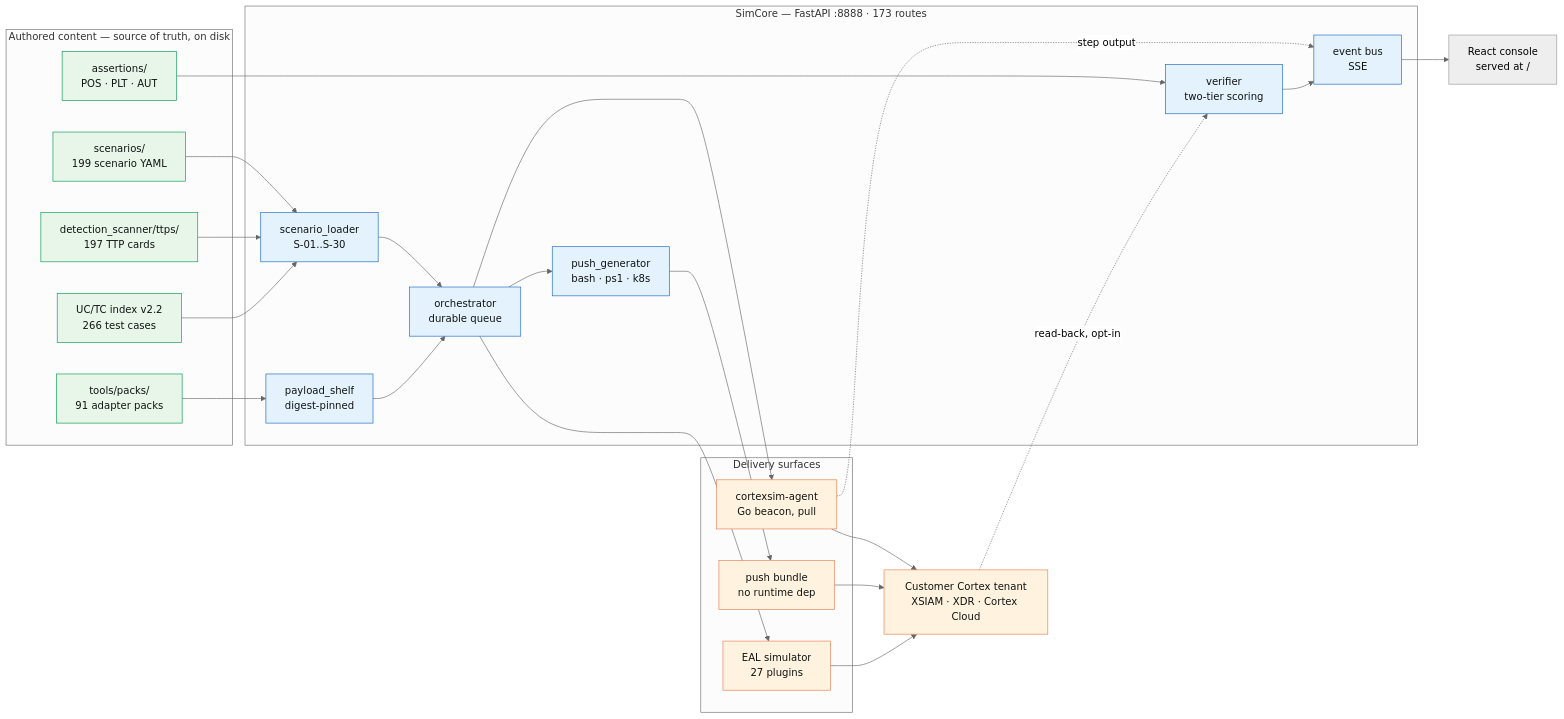
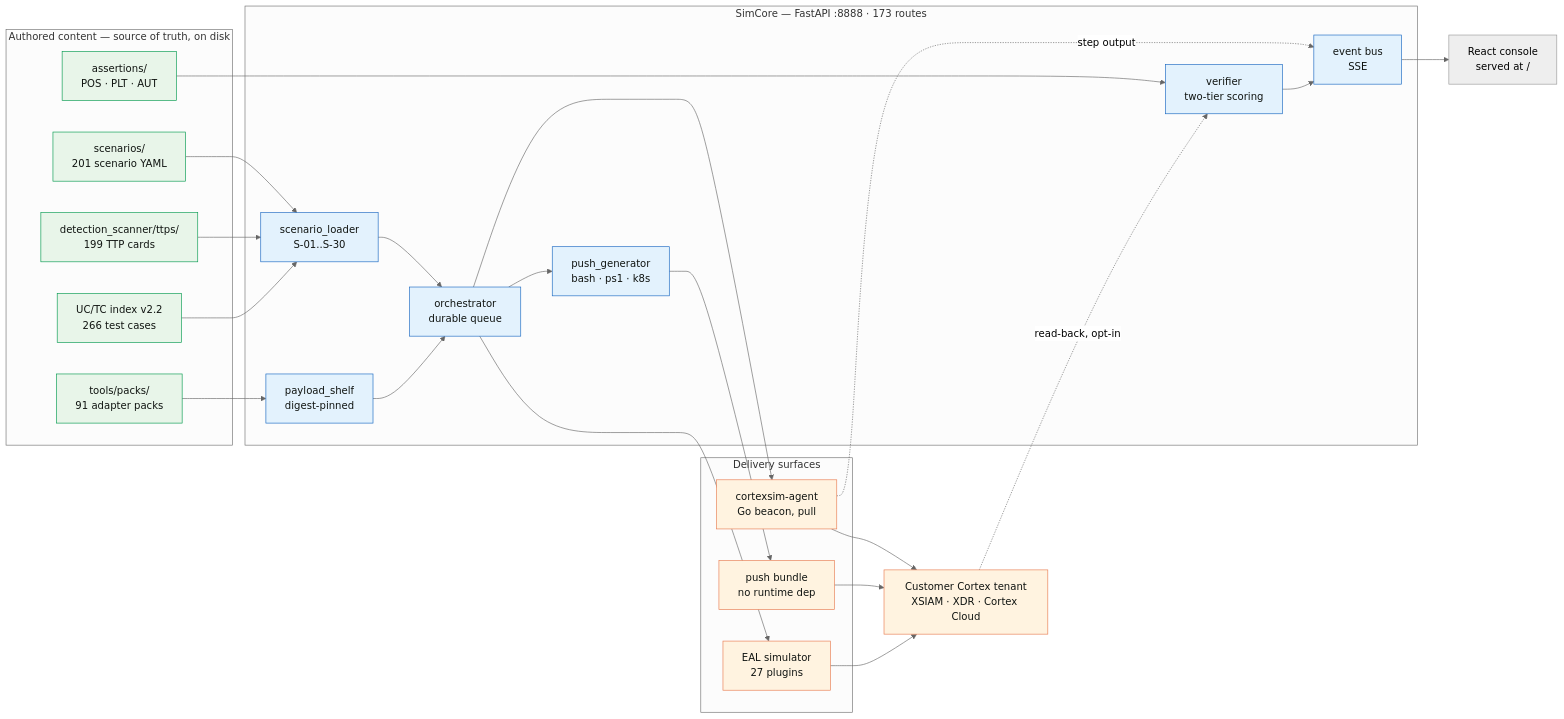
Before and after one commit to hankthebldr/cortex-pov-engine: the first of 6 diagrams in README.md, drawn with Mermaid (neutral theme). The commit also changed other lines of this file and 5 other files, not shown here.

````diff
--- a/README.md
+++ b/README.md
@@ -258,54 +258,54 @@
 ```mermaid
 flowchart LR
     subgraph AUTHOR["Authored content — source of truth, on disk"]
-        SC["scenarios/<br/>199 scenario YAML"]
-        TTP["detection_scanner/ttps/<br/>197 TTP cards"]
+        SC["scenarios/<br/>201 scenario YAML"]
+        TTP["detection_scanner/ttps/<br/>199 TTP cards"]
         ASRT["assertions/<br/>POS · PLT · AUT"]
         PACK["tools/packs/<br/>91 adapter packs"]
         IDX["UC/TC index v2.2<br/>266 test cases"]
     end
 
     subgraph CORE["SimCore — FastAPI :8888 · 173 routes"]
         LOAD["scenario_loader<br/>S-01..S-30"]
         ORCH["orchestrator<br/>durable queue"]
         SHELF["payload_shelf<br/>digest-pinned"]
         VERIF["verifier<br/>two-tier scoring"]
         BUS["event bus<br/>SSE"]
         PUSH["push_generator<br/>bash · ps1 · k8s"]
     end
 
     subgraph EXEC["Delivery surfaces"]
         AGENT["cortexsim-agent<br/>Go beacon, pull"]
         BUNDLE["push bundle<br/>no runtime dep"]
         EAL["EAL simulator<br/>27 plugins"]
     end
 
     TENANT["Customer Cortex tenant<br/>XSIAM · XDR · Cortex Cloud"]
     UI["React console<br/>served at /"]
 
     SC --> LOAD
     TTP --> LOAD
     PACK --> SHELF
     IDX --> LOAD
     ASRT --> VERIF
     LOAD --> ORCH
     SHELF --> ORCH
     ORCH --> AGENT
     ORCH --> PUSH
     PUSH --> BUNDLE
     ORCH --> EAL
     AGENT --> TENANT
     BUNDLE --> TENANT
     EAL --> TENANT
     AGENT -. "step output" .-> BUS
     BUS --> UI
     TENANT -. "read-back, opt-in" .-> VERIF
     VERIF --> BUS
 
     classDef src fill:#e8f5e9,stroke:#00994d,color:#101411
     classDef eng fill:#e3f2fd,stroke:#1565c0,color:#101411
     classDef out fill:#fff3e0,stroke:#e87a4f,color:#101411
     class SC,TTP,ASRT,PACK,IDX src
     class LOAD,ORCH,SHELF,VERIF,BUS,PUSH eng
     class AGENT,BUNDLE,EAL,TENANT out
 ```
````
